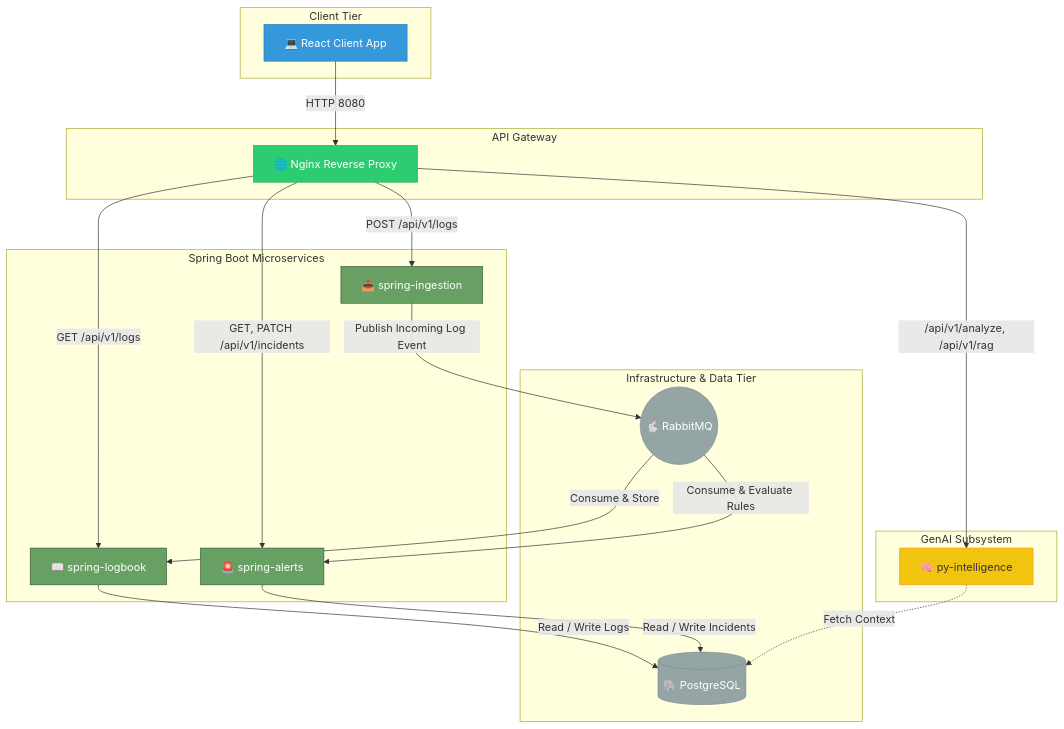
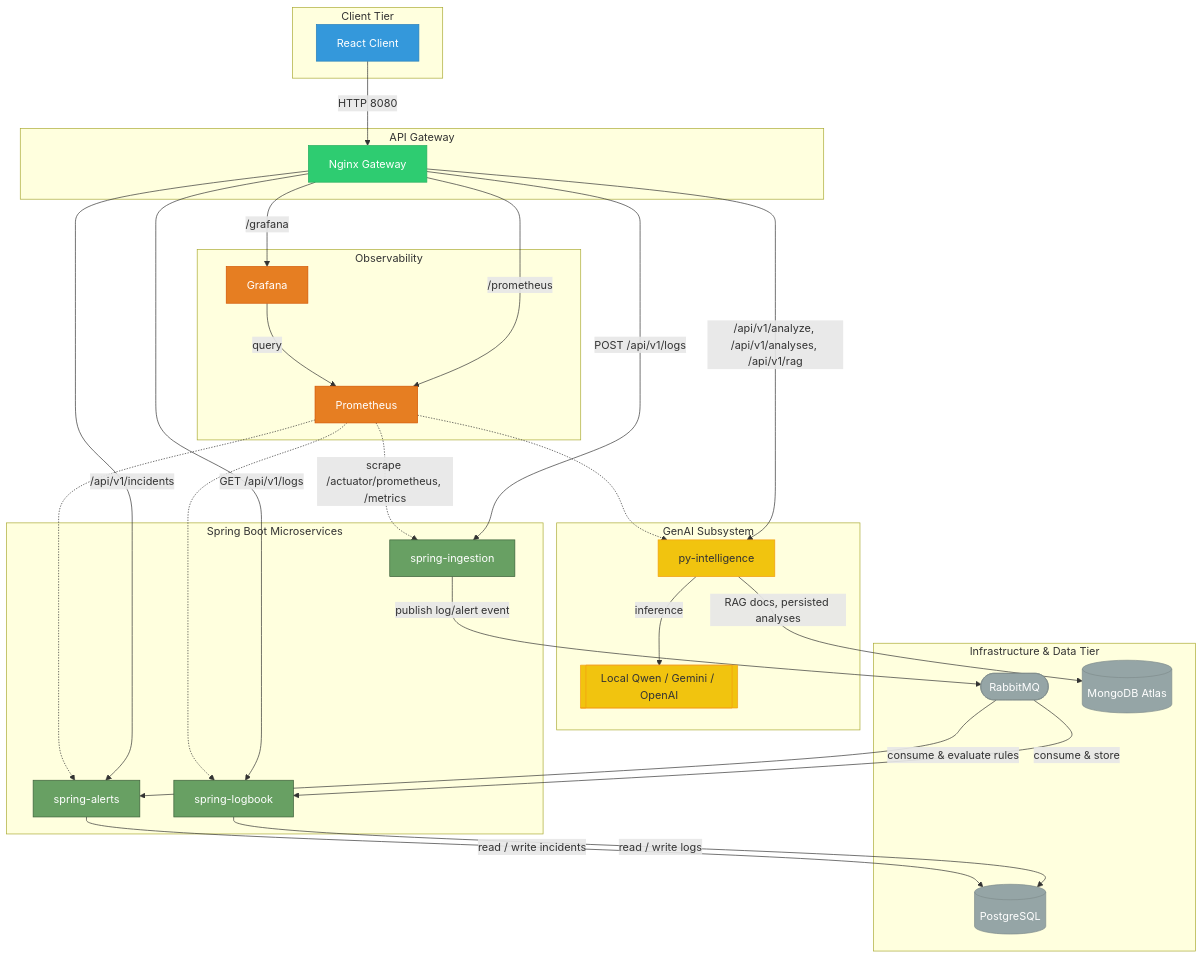
The diagram in docs/subsystem_diagram.md (AET-DevOps26/team-setops), drawn with Mermaid before and after one commit.

Commit message:
fix: update subsystem_diagram to include grafana and prometheus

````diff
--- a/docs/subsystem_diagram.md
+++ b/docs/subsystem_diagram.md
@@ -1,53 +1,64 @@
 ```mermaid
 graph TD
-    %% Define Styles
     classDef client fill:#3498db,stroke:#2980b9,color:#fff
     classDef gateway fill:#2ecc71,stroke:#27ae60,color:#fff
     classDef spring fill:#68A063,stroke:#3b5f38,color:#fff
     classDef python fill:#f1c40f,stroke:#f39c12,color:#333
     classDef infra fill:#95a5a6,stroke:#7f8c8d,color:#fff
+    classDef monitor fill:#e67e22,stroke:#d35400,color:#fff
 
     subgraph "Client Tier"
-        UI[💻 React Client App]:::client
+        UI[React Client]:::client
     end
 
     subgraph "API Gateway"
-        Nginx[🌐 Nginx Reverse Proxy]:::gateway
+        Gateway[Nginx Gateway]:::gateway
     end
 
     subgraph "Spring Boot Microservices"
-        Ingestion[📥 spring-ingestion]:::spring
-        Logbook[📖 spring-logbook]:::spring
-        Alerts[🚨 spring-alerts]:::spring
+        Ingestion[spring-ingestion]:::spring
+        Logbook[spring-logbook]:::spring
+        Alerts[spring-alerts]:::spring
     end
 
     subgraph "GenAI Subsystem"
-        PyIntel[🧠 py-intelligence]:::python
+        PyIntel[py-intelligence]:::python
+        LLM[["Local Qwen / Gemini / OpenAI"]]:::python
     end
 
     subgraph "Infrastructure & Data Tier"
-        RMQ((🐇 RabbitMQ)):::infra
-        DB[(🐘 PostgreSQL)]:::infra
+        RMQ(["RabbitMQ"]):::infra
+        PG[("PostgreSQL")]:::infra
+        Mongo[("MongoDB Atlas")]:::infra
     end
 
-    %% External Traffic
-    UI -->|HTTP 8080| Nginx
+    subgraph "Observability"
+        Prom[Prometheus]:::monitor
+        Graf[Grafana]:::monitor
+    end
 
-    %% Internal Routing
-    Nginx -->|POST /api/v1/logs| Ingestion
-    Nginx -->|GET /api/v1/logs| Logbook
-    Nginx -->|GET, PATCH /api/v1/incidents| Alerts
-    Nginx -->|/api/v1/analyze, /api/v1/rag| PyIntel
+    UI -->|HTTP 8080| Gateway
 
-    %% Async Messaging
-    Ingestion -->|Publish Incoming Log Event| RMQ
-    RMQ -->|Consume & Store| Logbook
-    RMQ -->|Consume & Evaluate Rules| Alerts
+    Gateway -->|POST /api/v1/logs| Ingestion
+    Gateway -->|GET /api/v1/logs| Logbook
+    Gateway -->|/api/v1/incidents| Alerts
+    Gateway -->|/api/v1/analyze, /api/v1/analyses, /api/v1/rag| PyIntel
+    Gateway -->|/prometheus| Prom
+    Gateway -->|/grafana| Graf
 
-    %% Data Persistence
-    Logbook -->|Read / Write Logs| DB
-    Alerts -->|Read / Write Incidents| DB
+    Ingestion -->|publish log/alert event| RMQ
+    RMQ -->|consume & store| Logbook
+    RMQ -->|consume & evaluate rules| Alerts
 
-    %% Cross-Service API calls (if any)
-    PyIntel -.->|Fetch Context| DB
+    Logbook -->|read / write logs| PG
+    Alerts -->|read / write incidents| PG
+
+    PyIntel -->|RAG docs, persisted analyses| Mongo
+    PyIntel -->|inference| LLM
+
+    Prom -.->|scrape /actuator/prometheus, /metrics| Ingestion
+    Prom -.-> Logbook
+    Prom -.-> Alerts
+    Prom -.-> PyIntel
+    Graf -->|query| Prom
 ```
````
